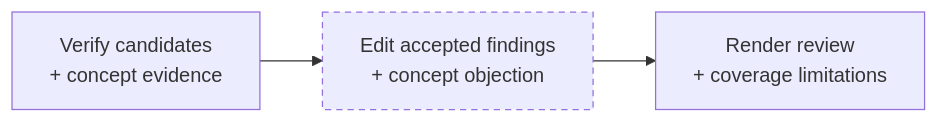
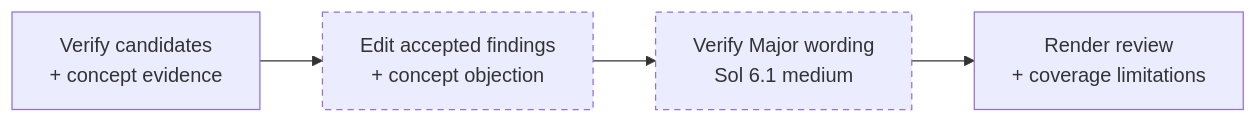
The fourth of 5 diagrams in pkgs/ralph/README.md (willcl-ark/nix), drawn with Mermaid before and after one commit. The commit also changed other lines of this file and 17 other files, not shown here.

````diff
--- a/pkgs/ralph/README.md
+++ b/pkgs/ralph/README.md
@@ -235,7 +235,8 @@
 ```mermaid
 flowchart LR
     verify["Verify candidates<br/>+ concept evidence"] --> edit["Edit accepted findings<br/>+ concept objection"]
-    edit --> render["Render review<br/>+ coverage limitations"]
+    edit --> major["Verify Major wording<br/>Sol 6.1 medium"]
+    major --> render["Render review<br/>+ coverage limitations"]
     classDef optional stroke-dasharray: 5 4
-    class edit optional
+    class edit,major optional
 ```
````
